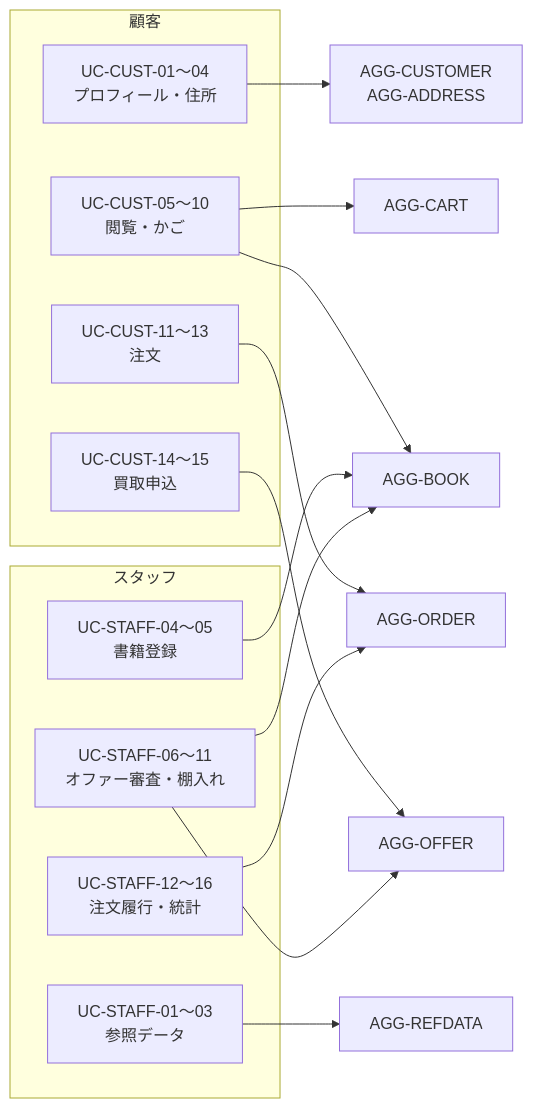
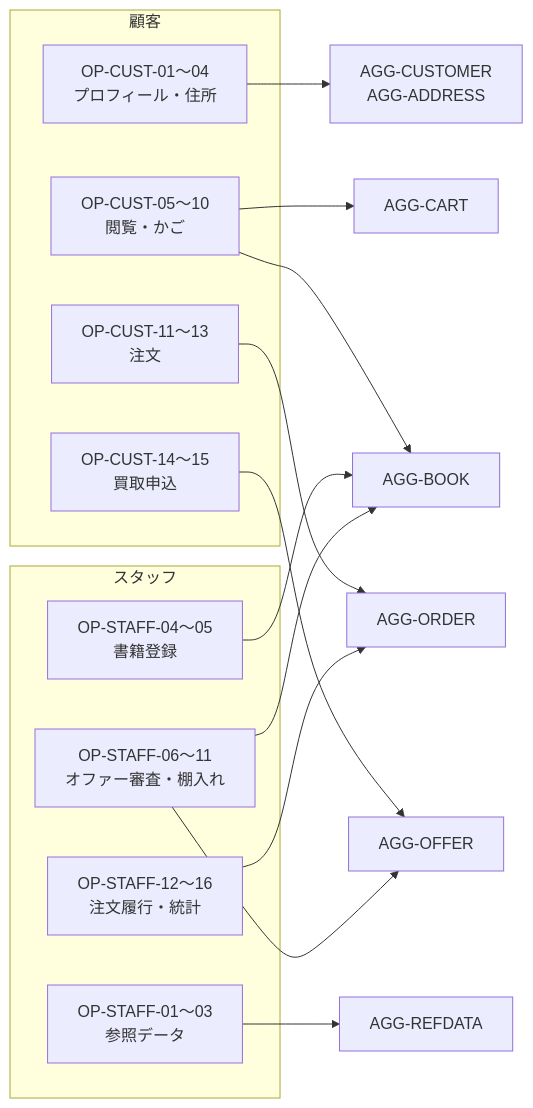
The diagram in docs/design/domain/operations.md (matarillo/bobs-used-bookstore-sample), drawn with Mermaid before and after one commit. The commit also changed other lines of this file and 1 other file, not shown here.

````diff
--- a/docs/design/domain/operations.md
+++ b/docs/design/domain/operations.md
@@ -227,26 +230,26 @@
 ```mermaid
 graph LR
     subgraph C["顧客"]
-        C1["UC-CUST-01〜04<br/>プロフィール・住所"]
-        C2["UC-CUST-05〜10<br/>閲覧・かご"]
-        C3["UC-CUST-11〜13<br/>注文"]
-        C4["UC-CUST-14〜15<br/>買取申込"]
+        C1["OP-CUST-01〜04<br/>プロフィール・住所"]
+        C2["OP-CUST-05〜10<br/>閲覧・かご"]
+        C3["OP-CUST-11〜13<br/>注文"]
+        C4["OP-CUST-14〜15<br/>買取申込"]
     end
     subgraph S["スタッフ"]
-        S1["UC-STAFF-01〜03<br/>参照データ"]
-        S2["UC-STAFF-04〜05<br/>書籍登録"]
-        S3["UC-STAFF-06〜11<br/>オファー審査・棚入れ"]
-        S4["UC-STAFF-12〜16<br/>注文履行・統計"]
+        S1["OP-STAFF-01〜03<br/>参照データ"]
+        S2["OP-STAFF-04〜05<br/>書籍登録"]
+        S3["OP-STAFF-06〜11<br/>オファー審査・棚入れ"]
+        S4["OP-STAFF-12〜16<br/>注文履行・統計"]
     end
 
     C1 --> CU["AGG-CUSTOMER<br/>AGG-ADDRESS"]
     C2 --> CT["AGG-CART"]
     C2 --> BK["AGG-BOOK"]
     C3 --> OR["AGG-ORDER"]
     C4 --> OF["AGG-OFFER"]
     S1 --> RD["AGG-REFDATA"]
     S2 --> BK
     S3 --> OF
     S3 --> BK
     S4 --> OR
 ```
````
